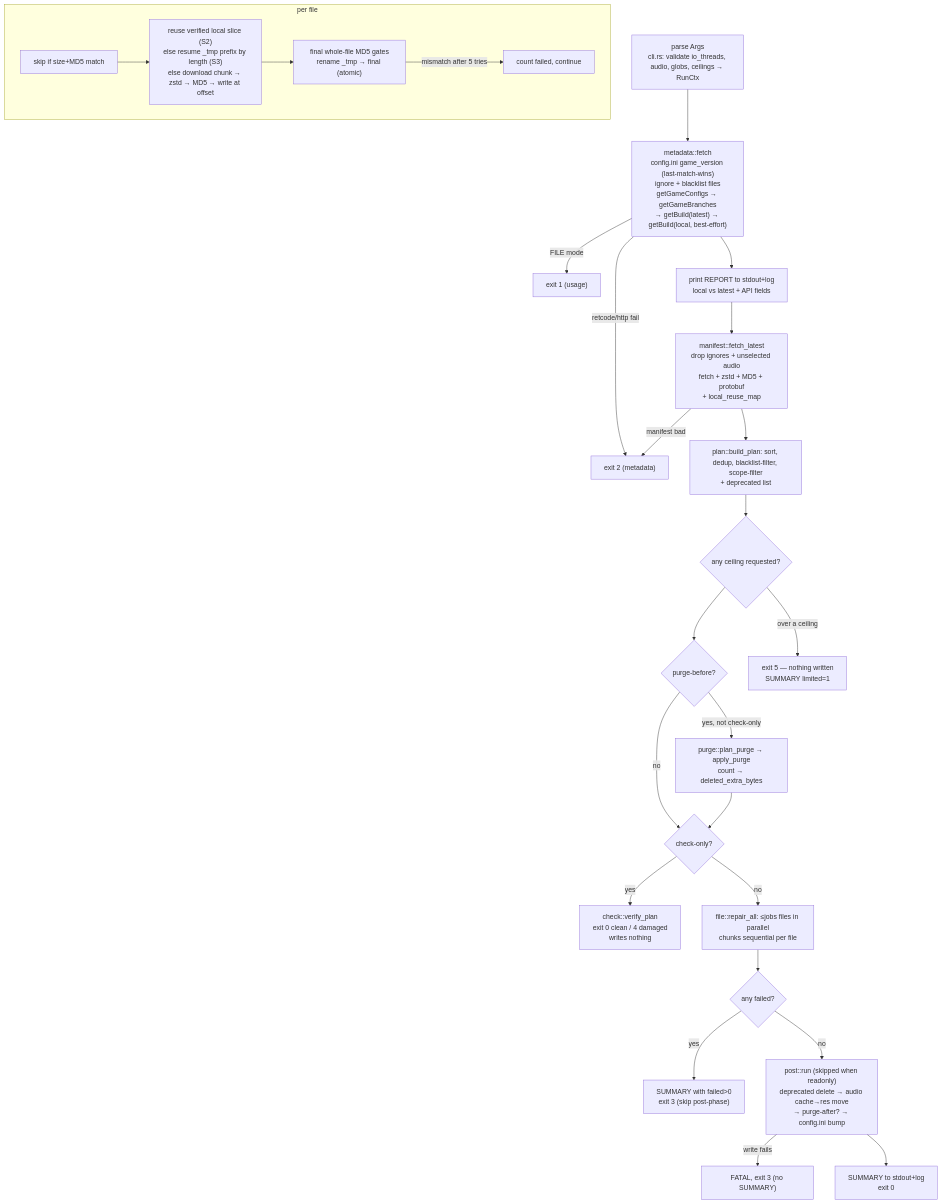
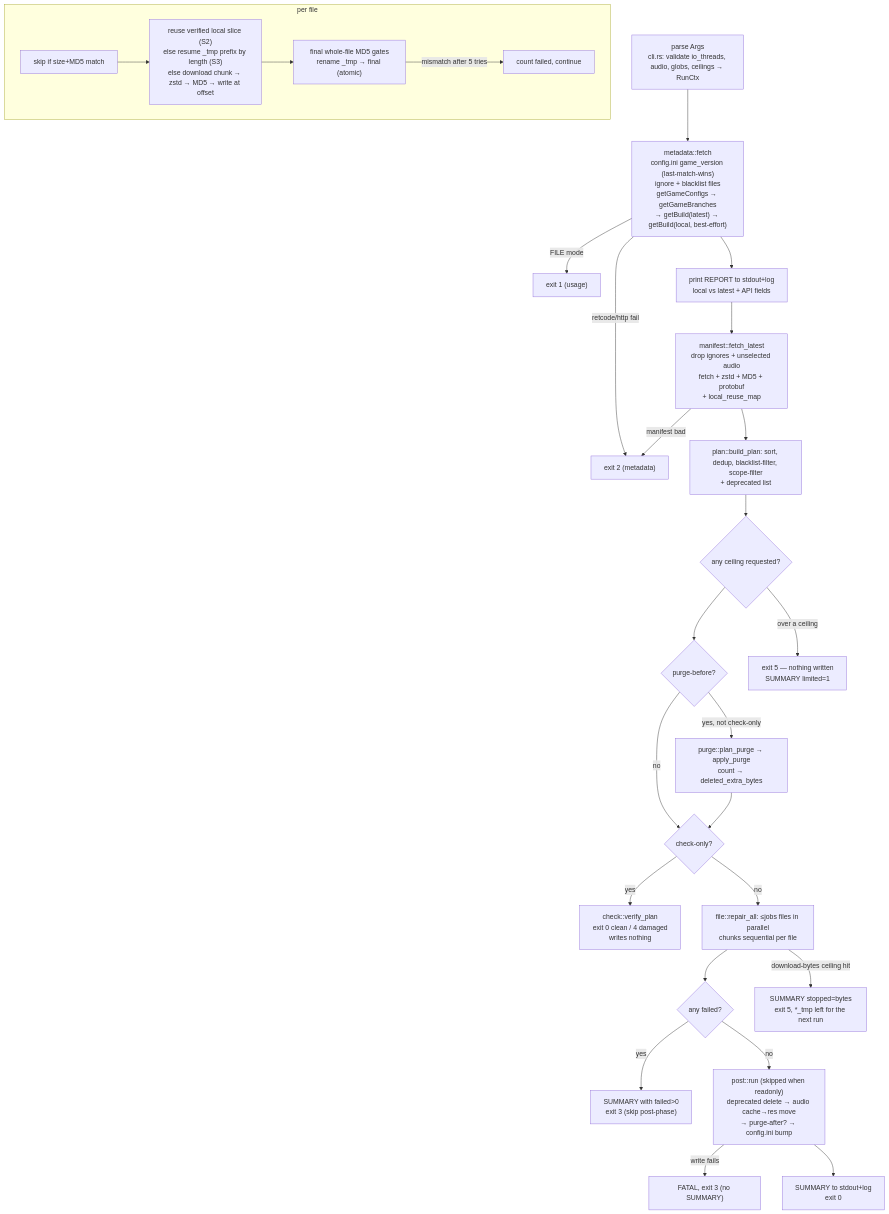
One commit to bhbghghbgb/girpr changed the diagram in README.md. Above: the diagram before and after it, drawn with Mermaid. The commit also changed other lines of this file and 10 other files, not shown here.

````diff
--- a/README.md
+++ b/README.md
@@ -59,28 +60,29 @@
 ```mermaid
 flowchart TD
     A["parse Args<br/>cli.rs: validate io_threads, audio, globs, ceilings → RunCtx"] --> B["metadata::fetch<br/>config.ini game_version (last-match-wins)<br/>ignore + blacklist files<br/>getGameConfigs → getGameBranches<br/>→ getBuild(latest) → getBuild(local, best-effort)"]
     B -->|FILE mode| X1["exit 1 (usage)"]
     B -->|retcode/http fail| X2["exit 2 (metadata)"]
     B --> C["print REPORT to stdout+log<br/>local vs latest + API fields"]
     C --> D["manifest::fetch_latest<br/>drop ignores + unselected audio<br/>fetch + zstd + MD5 + protobuf<br/>+ local_reuse_map"]
     D -->|manifest bad| X2
     D --> E["plan::build_plan: sort, dedup, blacklist-filter, scope-filter<br/>+ deprecated list"]
     E --> E2{"any ceiling requested?"}
     E2 --> F{"purge-before?"}
     E2 -->|over a ceiling| X4["exit 5 — nothing written<br/>SUMMARY limited=1"]
     F -->|yes, not check-only| G["purge::plan_purge → apply_purge<br/>count → deleted_extra_bytes"]
     F -->|no| H{"check-only?"}
     G --> H
     H -->|yes| I["check::verify_plan<br/>exit 0 clean / 4 damaged<br/>writes nothing"]
     H -->|no| J["file::repair_all: ≤jobs files in parallel<br/>chunks sequential per file"]
     subgraph perfile ["per file"]
         J1["skip if size+MD5 match"] --> J2["reuse verified local slice (S2)<br/>else resume _tmp prefix by length (S3)<br/>else download chunk → zstd → MD5 → write at offset"]
         J2 --> J3["final whole-file MD5 gates<br/>rename _tmp → final (atomic)"]
         J3 -->|mismatch after 5 tries| J4["count failed, continue"]
     end
     J --> K{"any failed?"}
     K -->|yes| L["SUMMARY with failed>0<br/>exit 3 (skip post-phase)"]
+    J -->|"download-bytes ceiling hit"| X5["SUMMARY stopped=bytes<br/>exit 5, *_tmp left for the next run"]
     K -->|no| M["post::run (skipped when readonly)<br/>deprecated delete → audio cache→res move<br/>→ purge-after? → config.ini bump"]
     M -->|write fails| X3["FATAL, exit 3 (no SUMMARY)"]
     M --> N["SUMMARY to stdout+log<br/>exit 0"]
 ```
````
